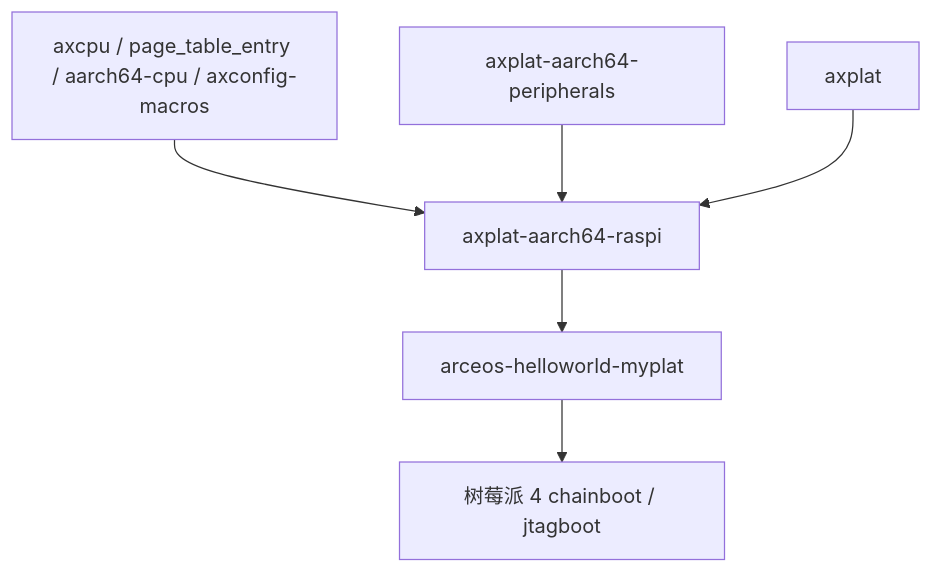
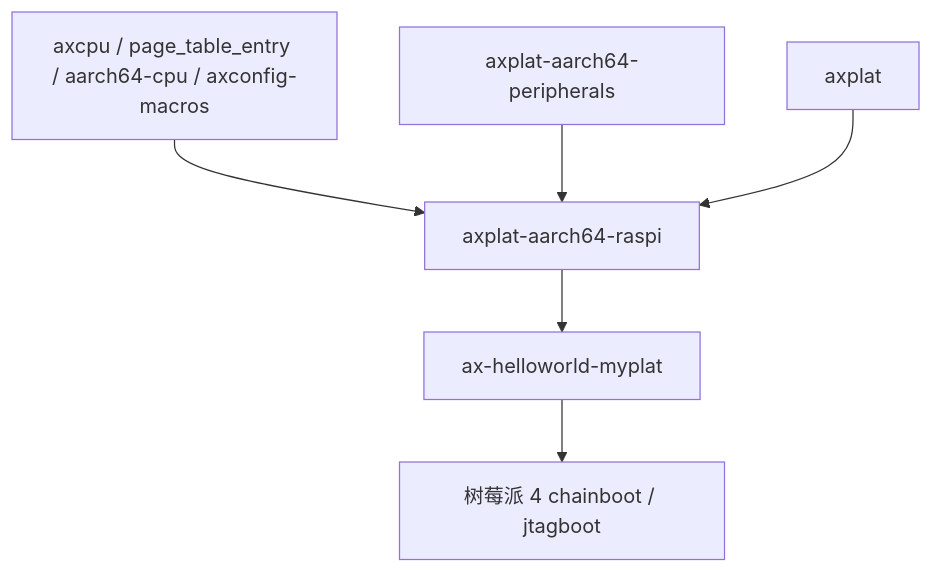
Before and after one commit to zKurisu/tgoskits: the second of 2 diagrams in docs/crates/axplat-aarch64-raspi.md, drawn with Mermaid. The commit also changed other lines of this file and 45 other files, not shown here.

````diff
--- a/docs/crates/axplat-aarch64-raspi.md
+++ b/docs/crates/axplat-aarch64-raspi.md
@@ -156,8 +156,8 @@
 ```mermaid
 graph TD
     A[axcpu / page_table_entry / aarch64-cpu / axconfig-macros] --> B[axplat-aarch64-raspi]
     C[axplat-aarch64-peripherals] --> B
     D[axplat] --> B
-    B --> E[arceos-helloworld-myplat]
+    B --> E[ax-helloworld-myplat]
     E --> F[树莓派 4 chainboot / jtagboot]
 ```
````
